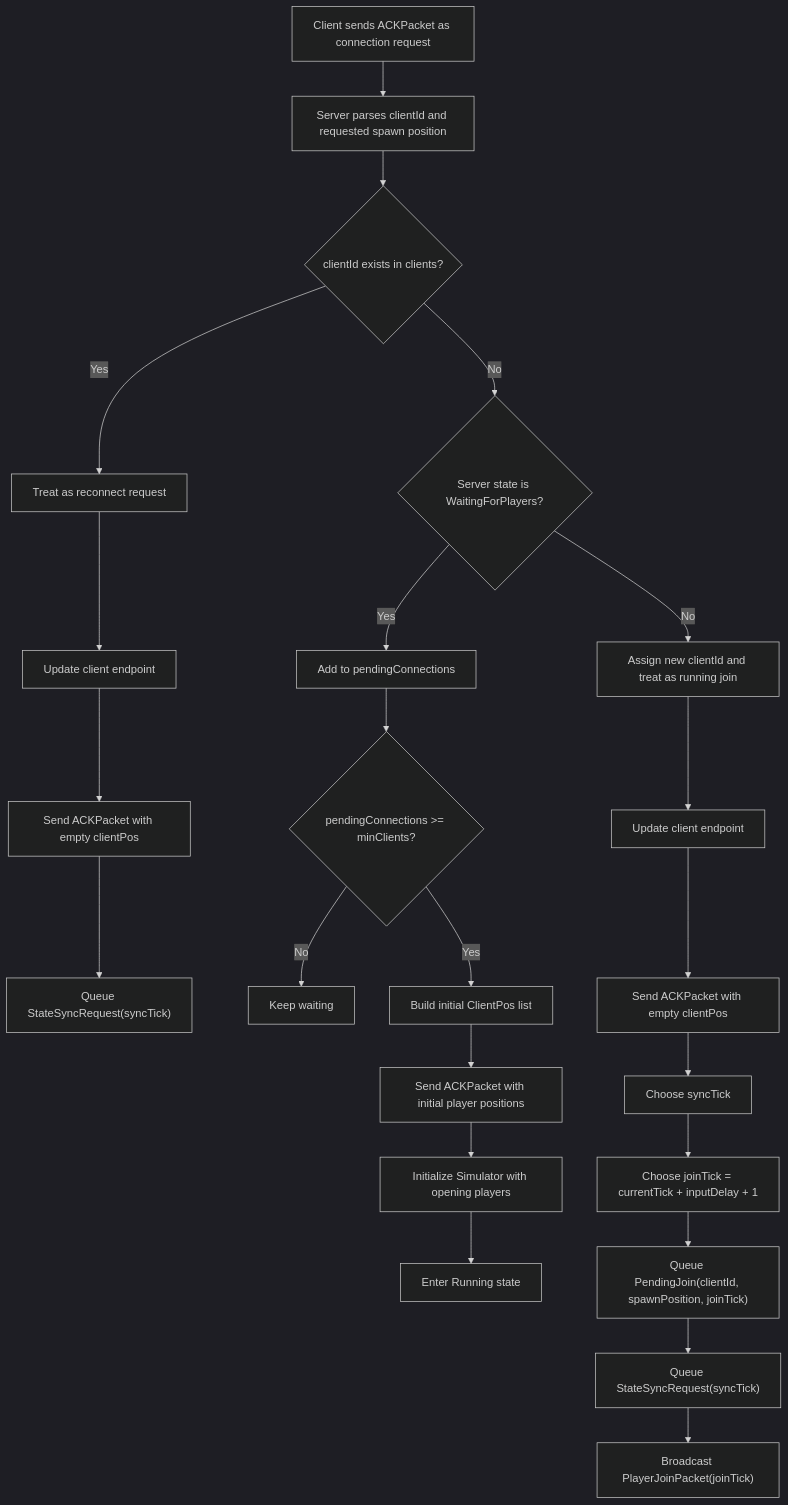
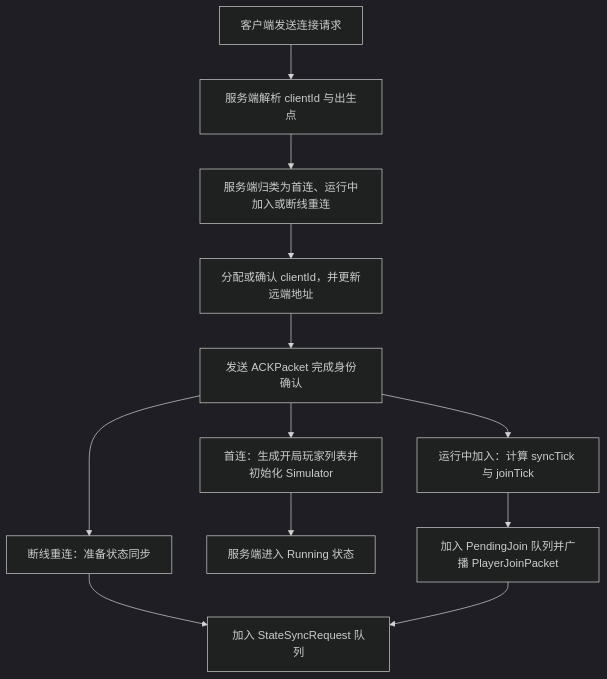
Before and after one commit to inikin111/Unity-Lockstep: the first of 3 diagrams in ServerHost/ConnectionFlow.md, drawn with Mermaid (dark theme). The commit also changed other lines of this file and 2 other files, not shown here.

````diff
--- a/ServerHost/ConnectionFlow.md
+++ b/ServerHost/ConnectionFlow.md
@@ -7,28 +7,14 @@
 ```mermaid
 flowchart TD
-    A["Client sends ACKPacket as connection request"] --> B["Server parses clientId and requested spawn position"]
-    B --> C{"clientId exists in clients?"}
-    C -- Yes --> D["Treat as reconnect request"]
-    C -- No --> E{"Server state is WaitingForPlayers?"}
-    E -- Yes --> F["Add to pendingConnections"]
-    E -- No --> G["Assign new clientId and treat as running join"]
-
-    F --> H{"pendingConnections >= minClients?"}
-    H -- No --> I["Keep waiting"]
-    H -- Yes --> J["Build initial ClientPos list"]
-    J --> K["Send ACKPacket with initial player positions"]
-    K --> L["Initialize Simulator with opening players"]
-    L --> M["Enter Running state"]
-
-    D --> N["Update client endpoint"]
-    N --> O["Send ACKPacket with empty clientPos"]
-    O --> P["Queue StateSyncRequest(syncTick)"]
-
-    G --> Q["Update client endpoint"]
-    Q --> R["Send ACKPacket with empty clientPos"]
-    R --> S["Choose syncTick"]
-    S --> T["Choose joinTick = currentTick + inputDelay + 1"]
-    T --> U["Queue PendingJoin(clientId, spawnPosition, joinTick)"]
-    U --> V["Queue StateSyncRequest(syncTick)"]
-    V --> W["Broadcast PlayerJoinPacket(joinTick)"]
+    A["客户端发送连接请求"] --> B["服务端解析 clientId 与出生点"]
+    B --> C["服务端归类为首连、运行中加入或断线重连"]
+    C --> D["分配或确认 clientId，并更新远端地址"]
+    D --> E["发送 ACKPacket 完成身份确认"]
+    E --> F["首连：生成开局玩家列表并初始化 Simulator"]
+    E --> G["运行中加入：计算 syncTick 与 joinTick"]
+    E --> H["断线重连：准备状态同步"]
+    F --> I["服务端进入 Running 状态"]
+    G --> J["加入 PendingJoin 队列并广播 PlayerJoinPacket"]
+    H --> K["加入 StateSyncRequest 队列"]
+    J --> K
 ```
````
